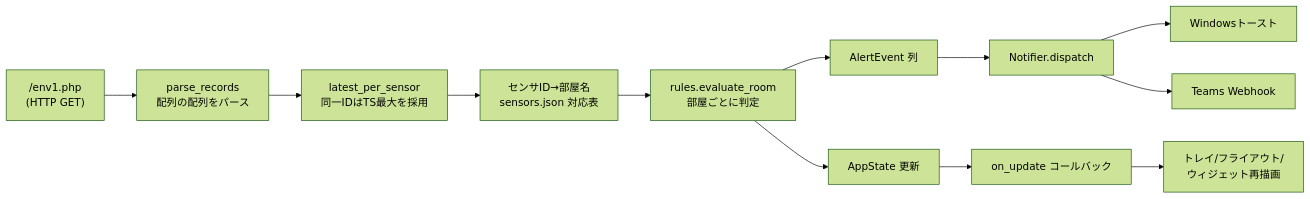
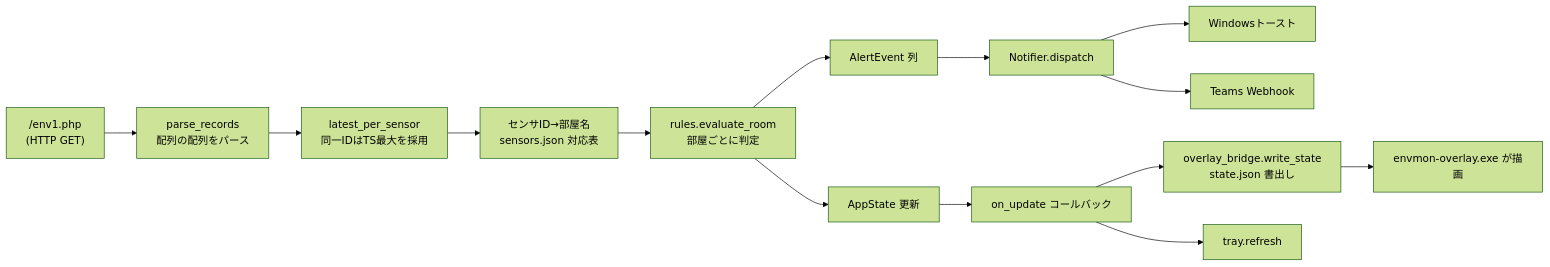
One commit to ootomonaiso/wintuchi changed the second of 2 diagrams in docs/ARCHITECTURE.md. Above: the diagram before and after it, drawn with Mermaid (forest theme). The commit also changed other lines of this file and 2 other files, not shown here.

First line of the commit message:
docs: ARCHITECTURE/MODULES/PLAN をヘッドレス後の実態に更新

````diff
--- a/docs/ARCHITECTURE.md
+++ b/docs/ARCHITECTURE.md
@@ -104,14 +104,16 @@
 ```mermaid
 flowchart LR
     PHP["/env1.php<br/>(HTTP GET)"] --> Parse[parse_records<br/>配列の配列をパース]
     Parse --> Latest[latest_per_sensor<br/>同一IDはTS最大を採用]
     Latest --> Assign[センサID→部屋名<br/>sensors.json 対応表]
     Assign --> Eval[rules.evaluate_room<br/>部屋ごとに判定]
     Eval --> Events[AlertEvent 列]
     Events --> Notify[Notifier.dispatch]
     Notify --> Toast[Windowsトースト]
     Notify --> Teams[Teams Webhook]
     Eval --> StateUp[AppState 更新]
     StateUp --> OnUpdate[on_update コールバック]
-    OnUpdate --> UI[トレイ/フライアウト/<br/>ウィジェット再描画]
+    OnUpdate --> WriteState[overlay_bridge.write_state<br/>state.json 書出し]
+    OnUpdate --> TrayRefresh[tray.refresh]
+    WriteState --> Overlay[envmon-overlay.exe が描画]
 ```
````
